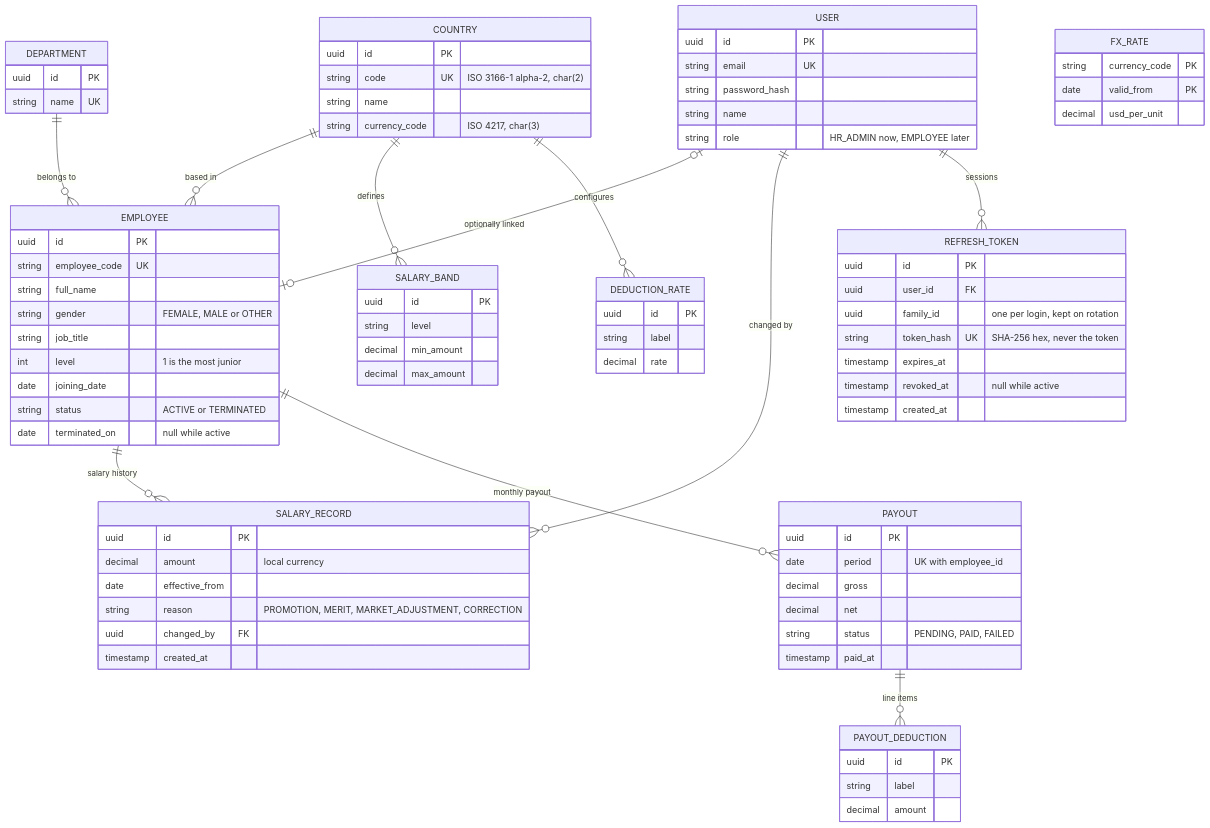
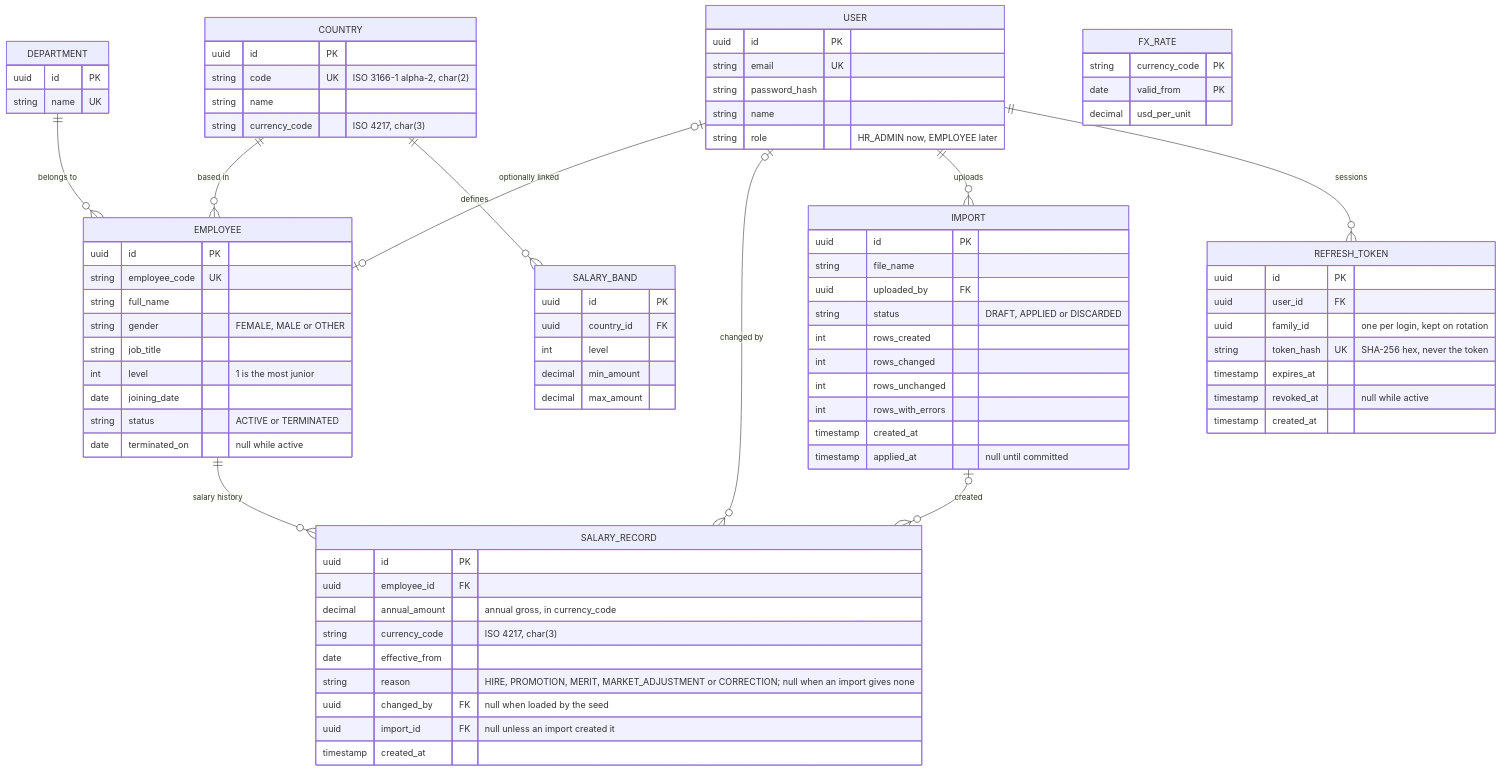
The fourth of 5 diagrams in docs/architecture.md (nishith7/acme-salary-management-app), drawn with Mermaid before and after one commit. The commit also changed other lines of this file and 6 other files, not shown here.

```diff
--- a/docs/architecture.md
+++ b/docs/architecture.md
@@ -58,12 +68,11 @@
   COUNTRY ||--o{ EMPLOYEE : "based in"
   DEPARTMENT ||--o{ EMPLOYEE : "belongs to"
   EMPLOYEE ||--o{ SALARY_RECORD : "salary history"
-  EMPLOYEE ||--o{ PAYOUT : "monthly payout"
-  PAYOUT ||--o{ PAYOUT_DEDUCTION : "line items"
   COUNTRY ||--o{ SALARY_BAND : "defines"
-  COUNTRY ||--o{ DEDUCTION_RATE : "configures"
   USER |o--o| EMPLOYEE : "optionally linked"
-  USER ||--o{ SALARY_RECORD : "changed by"
+  USER |o--o{ SALARY_RECORD : "changed by"
+  USER ||--o{ IMPORT : "uploads"
+  IMPORT |o--o{ SALARY_RECORD : "created"
   USER ||--o{ REFRESH_TOKEN : "sessions"
 
   COUNTRY {
@@ -89,35 +98,33 @@
   }
   SALARY_RECORD {
     uuid id PK
-    decimal amount "local currency"
+    uuid employee_id FK
+    decimal annual_amount "annual gross, in currency_code"
+    string currency_code "ISO 4217, char(3)"
     date effective_from
-    string reason "PROMOTION, MERIT, MARKET_ADJUSTMENT, CORRECTION"
-    uuid changed_by FK
+    string reason "HIRE, PROMOTION, MERIT, MARKET_ADJUSTMENT or CORRECTION; null when an import gives none"
+    uuid changed_by FK "null when loaded by the seed"
+    uuid import_id FK "null unless an import created it"
     timestamp created_at
   }
   SALARY_BAND {
     uuid id PK
-    string level
+    uuid country_id FK
+    int level
     decimal min_amount
     decimal max_amount
   }
-  PAYOUT {
+  IMPORT {
     uuid id PK
-    date period "UK with employee_id"
-    decimal gross
-    decimal net
-    string status "PENDING, PAID, FAILED"
-    timestamp paid_at
-  }
-  PAYOUT_DEDUCTION {
-    uuid id PK
-    string label
-    decimal amount
-  }
-  DEDUCTION_RATE {
-    uuid id PK
-    string label
-    decimal rate
+    string file_name
+    uuid uploaded_by FK
+    string status "DRAFT, APPLIED or DISCARDED"
+    int rows_created
+    int rows_changed
+    int rows_unchanged
+    int rows_with_errors
+    timestamp created_at
+    timestamp applied_at "null until committed"
   }
   USER {
     uuid id PK
```
